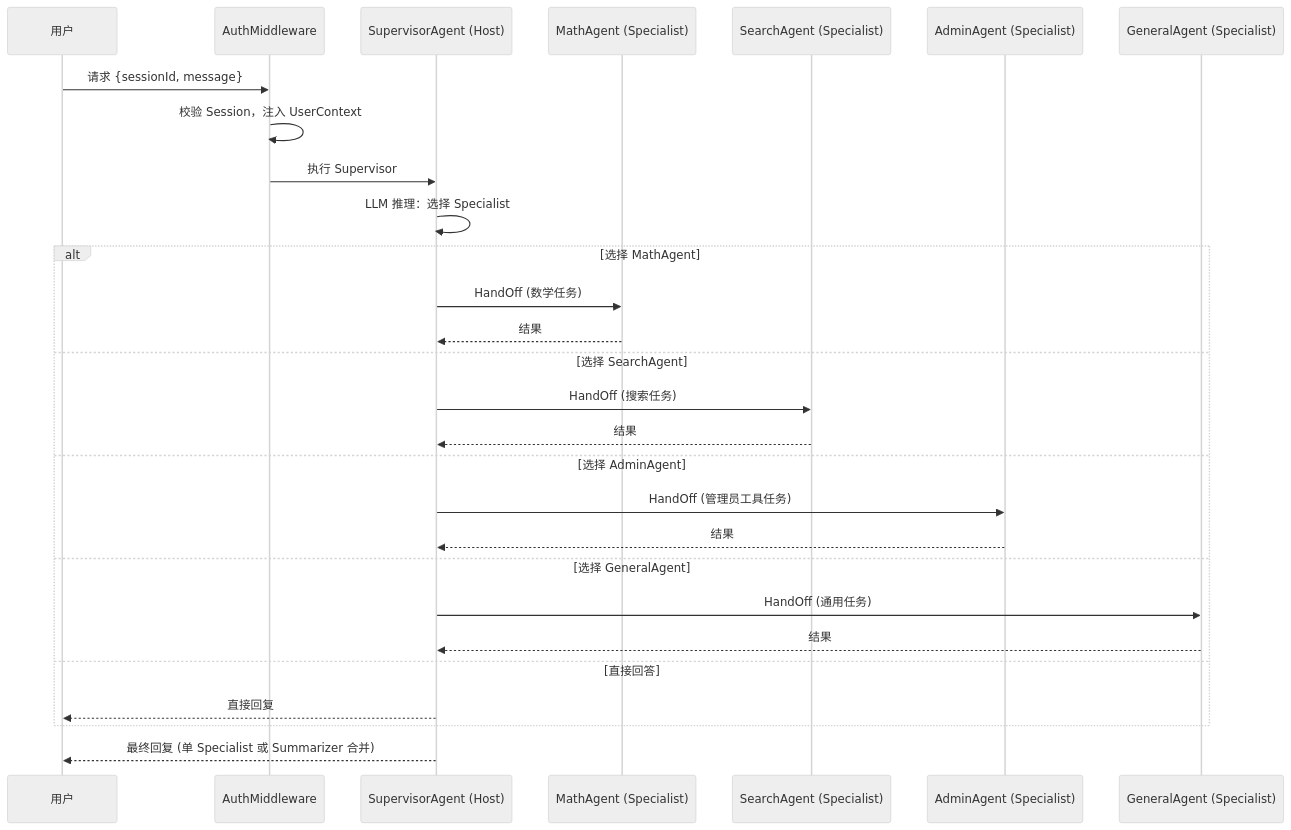
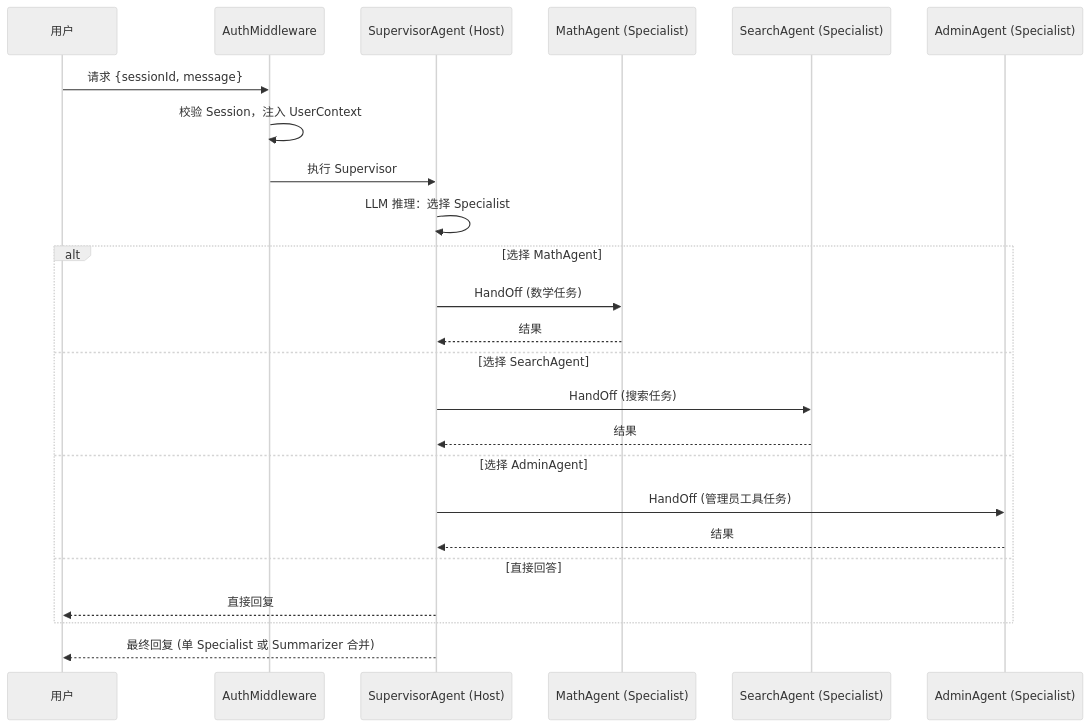
One commit to cling-2/Agent-Basic-Framework changed the third of 6 diagrams in docs/DOC-02.md. Above: the diagram before and after it, drawn with Mermaid (neutral theme). The commit also changed other lines of this file and 4 other files, not shown here.

````diff
--- a/docs/DOC-02.md
+++ b/docs/DOC-02.md
@@ -116,33 +115,29 @@
 ```mermaid
 sequenceDiagram
     participant U as 用户
     participant MW as AuthMiddleware
     participant SV as SupervisorAgent (Host)
     participant MA as MathAgent (Specialist)
     participant SEA as SearchAgent (Specialist)
     participant AA as AdminAgent (Specialist)
-    participant GA as GeneralAgent (Specialist)
 
     U->>MW: 请求 {sessionId, message}
     MW->>MW: 校验 Session，注入 UserContext
     MW->>SV: 执行 Supervisor
 
     SV->>SV: LLM 推理：选择 Specialist
     alt 选择 MathAgent
         SV->>MA: HandOff (数学任务)
         MA-->>SV: 结果
     else 选择 SearchAgent
         SV->>SEA: HandOff (搜索任务)
         SEA-->>SV: 结果
     else 选择 AdminAgent
         SV->>AA: HandOff (管理员工具任务)
         AA-->>SV: 结果
-    else 选择 GeneralAgent
-        SV->>GA: HandOff (通用任务)
-        GA-->>SV: 结果
     else 直接回答
         SV-->>U: 直接回复
     end
 
     SV-->>U: 最终回复 (单 Specialist 或 Summarizer 合并)
 ```
````
